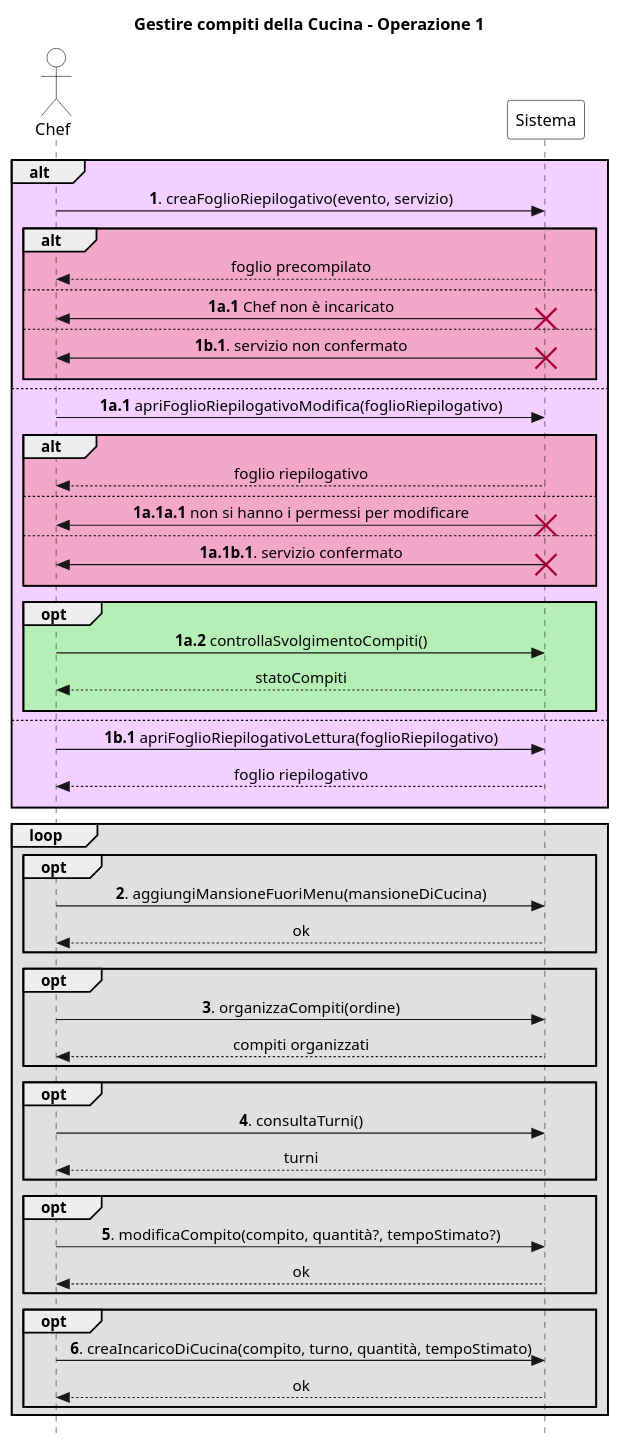
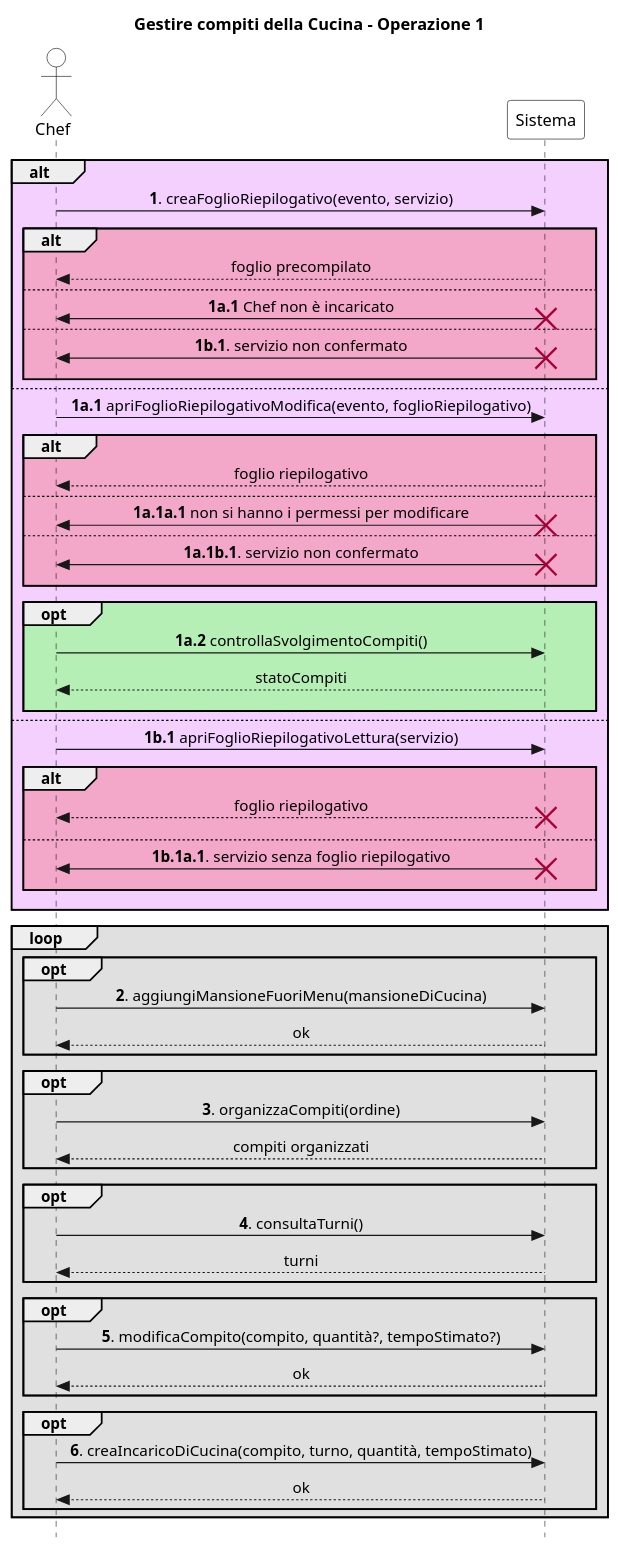
The diagram in UP/Requisiti/UC Gestire Compiti Cucina/SSD/Estensioni-Eccezioni Op1.puml (stefa168/sas-project), drawn with PlantUML before and after one commit.

Commit message:
Aggiunti parametri necessari durante l'implementazione

```diff
--- a/UP/Requisiti/UC Gestire Compiti Cucina/SSD/Estensioni-Eccezioni Op1.puml
+++ b/UP/Requisiti/UC Gestire Compiti Cucina/SSD/Estensioni-Eccezioni Op1.puml
@@ -1,82 +1,90 @@
 @startuml
 skinparam Style strictuml
 skinparam SequenceMessageAlign center
 
 skinparam sequence {
     ActorBorderColor Black
     ActorBackgroundColor White
     ParticipantBorderColor Black
     ParticipantBackgroundColor White
 }
 
 actor Chef
 participant Sistema
 
 title Gestire compiti della Cucina - Operazione 1
 
 alt #f3d0ff
     Chef -> Sistema: **1**. creaFoglioRiepilogativo(evento, servizio)
     alt #f3a7c9
         return foglio precompilato
     else
         Chef <- Sistema: **1a.1** Chef non è incaricato
         destroy Sistema
     else
         Chef <- Sistema: **1b.1**. servizio non confermato
         destroy Sistema
         ||10||
     end
 else
-    Chef -> Sistema: **1a.1** apriFoglioRiepilogativoModifica(foglioRiepilogativo)
+    Chef -> Sistema: **1a.1** apriFoglioRiepilogativoModifica(evento, foglioRiepilogativo)
     alt #f3a7c9
         return foglio riepilogativo
     else
         Chef <- Sistema: **1a.1a.1** non si hanno i permessi per modificare
         destroy Sistema
     else
-        Chef <- Sistema: **1a.1b.1**. servizio confermato
+        Chef <- Sistema: **1a.1b.1**. servizio non confermato
         destroy Sistema
         ||10||
     end
 
     opt #b6efb6
         Chef -> Sistema: **1a.2** controllaSvolgimentoCompiti()
         return statoCompiti
         ||10||
     end
 else
-    Chef -> Sistema: **1b.1** apriFoglioRiepilogativoLettura(foglioRiepilogativo)
-    return foglio riepilogativo
+    Chef -> Sistema: **1b.1** apriFoglioRiepilogativoLettura(servizio)
+    alt #f3a7c9
+        return foglio riepilogativo
+        destroy Sistema
+        ||10||
+    else
+        Chef <- Sistema: **1b.1a.1**. servizio senza foglio riepilogativo
+        destroy Sistema
+        ||10||
+    end
     ||10||
 end
 
 loop #e0e0e0
     opt #e0e0e0
         Chef -> Sistema: **2**. aggiungiMansioneFuoriMenu(mansioneDiCucina)
         return ok
     end
 
     opt #e0e0e0
         Chef -> Sistema: **3**. organizzaCompiti(ordine)
         return compiti organizzati
     end
 
     opt #e0e0e0
         Chef -> Sistema: **4**. consultaTurni()
         return turni
     end
 
     opt #e0e0e0
         Chef -> Sistema: **5**. modificaCompito(compito, quantità?, tempoStimato?)
         return ok
     end
 
     opt #e0e0e0
         Chef -> Sistema: **6**. creaIncaricoDiCucina(compito, turno, quantità, tempoStimato)
         return ok
     end
 
 end
 
 
 @enduml
```
